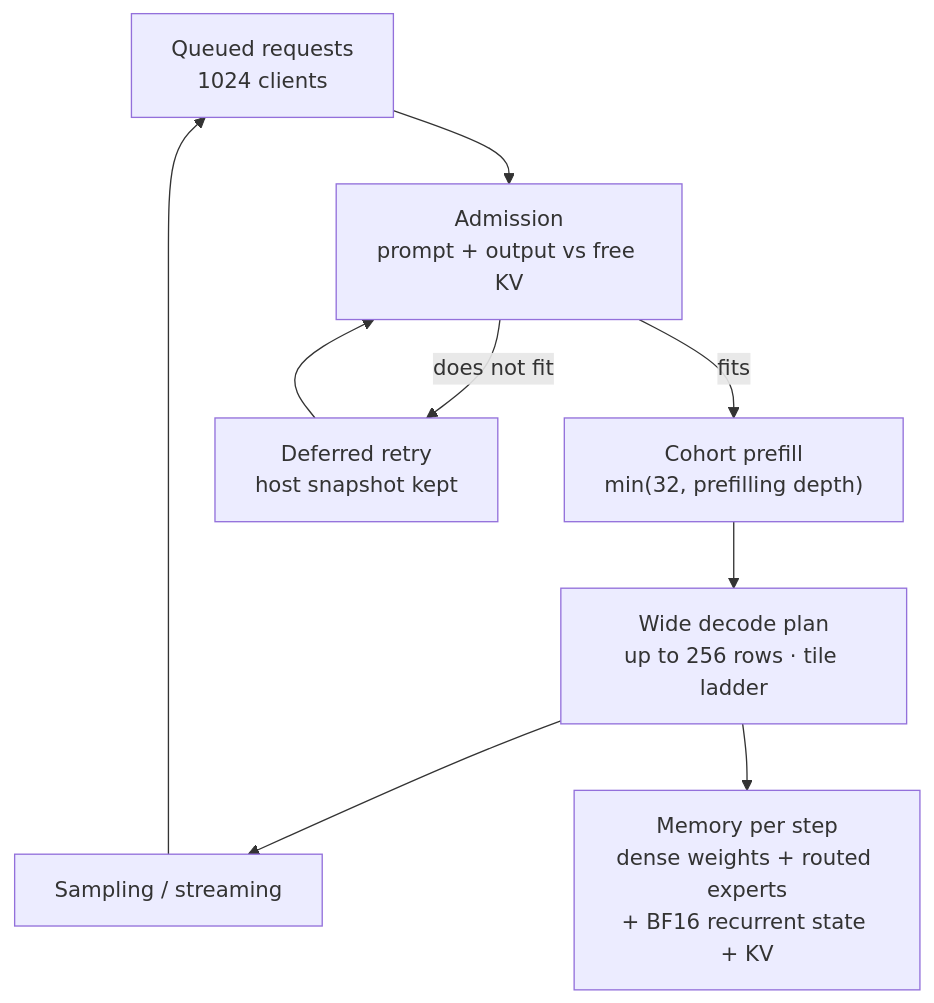
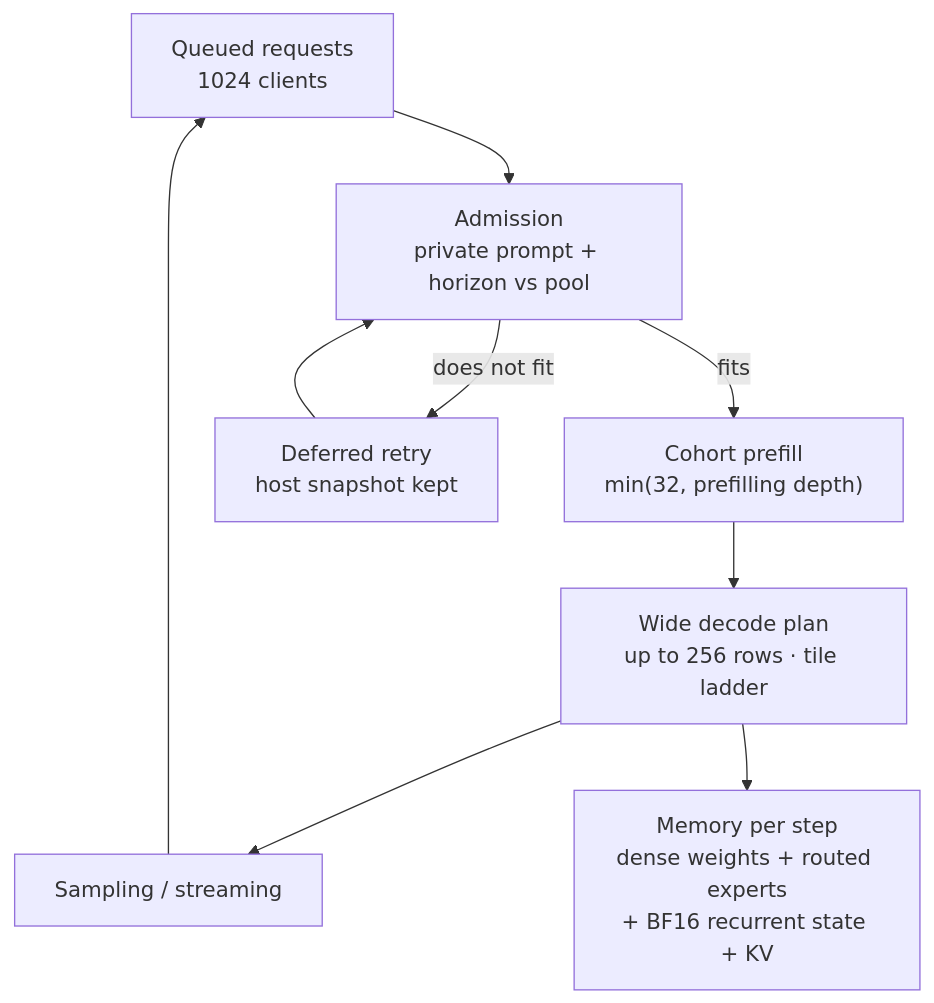
One commit to zugliebhaber/gufo changed the second of 5 diagrams in README-NEW.md. Above: the diagram before and after it, drawn with Mermaid. The commit also changed other lines of this file and 39 other files, not shown here.

````diff
--- a/README-NEW.md
+++ b/README-NEW.md
@@ -65,11 +65,11 @@
 ```mermaid
 flowchart TB
-    Q["Queued requests<br/>1024 clients"] --> A["Admission<br/>prompt + output vs free KV"]
+    Q["Queued requests<br/>1024 clients"] --> A["Admission<br/>private prompt + horizon vs pool"]
     A -->|fits| C["Cohort prefill<br/>min(32, prefilling depth)"]
     A -->|does not fit| W["Deferred retry<br/>host snapshot kept"]
     W --> A
     C --> D["Wide decode plan<br/>up to 256 rows · tile ladder"]
     D --> S["Sampling / streaming"]
     S --> Q
     D --> M["Memory per step<br/>dense weights + routed experts<br/>+ BF16 recurrent state + KV"]
 ```
````
